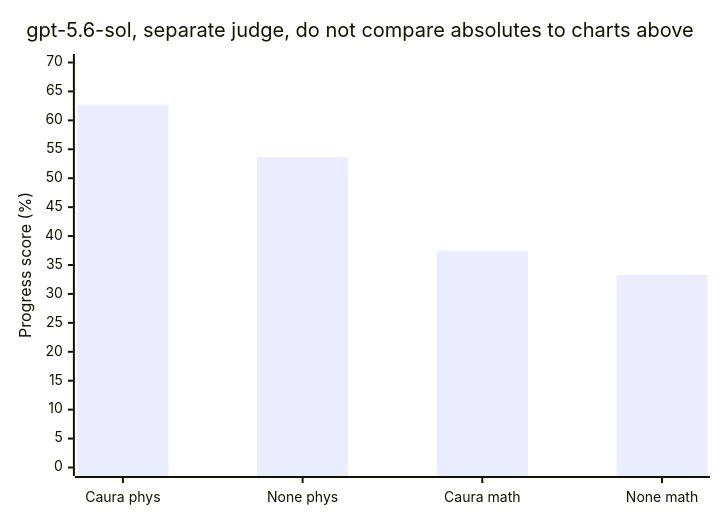
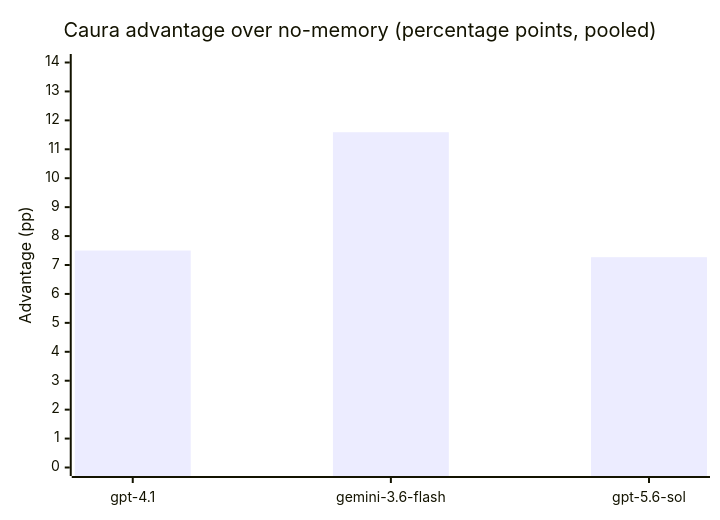
The second of 2 diagrams in README.md (Infrasity-Labs/memclaw-benchmarks), drawn with Mermaid before and after one commit. The commit also changed other lines of this file and 1 other file, not shown here.

````diff
--- a/README.md
+++ b/README.md
@@ -102,7 +104,7 @@
 ```mermaid
 xychart-beta
-    title "gpt-5.6-sol, separate judge, do not compare absolutes to charts above"
-    x-axis ["Caura phys", "None phys", "Caura math", "None math"]
-    y-axis "Progress score (%)" 0 --> 70
-    bar [62.71, 53.64, 37.45, 33.29]
+    title "Caura advantage over no-memory (percentage points, pooled)"
+    x-axis ["gpt-4.1", "gemini-3.6-flash", "gpt-5.6-sol"]
+    y-axis "Advantage (pp)" 0 --> 14
+    bar [7.50, 11.59, 7.27]
 ```
````
